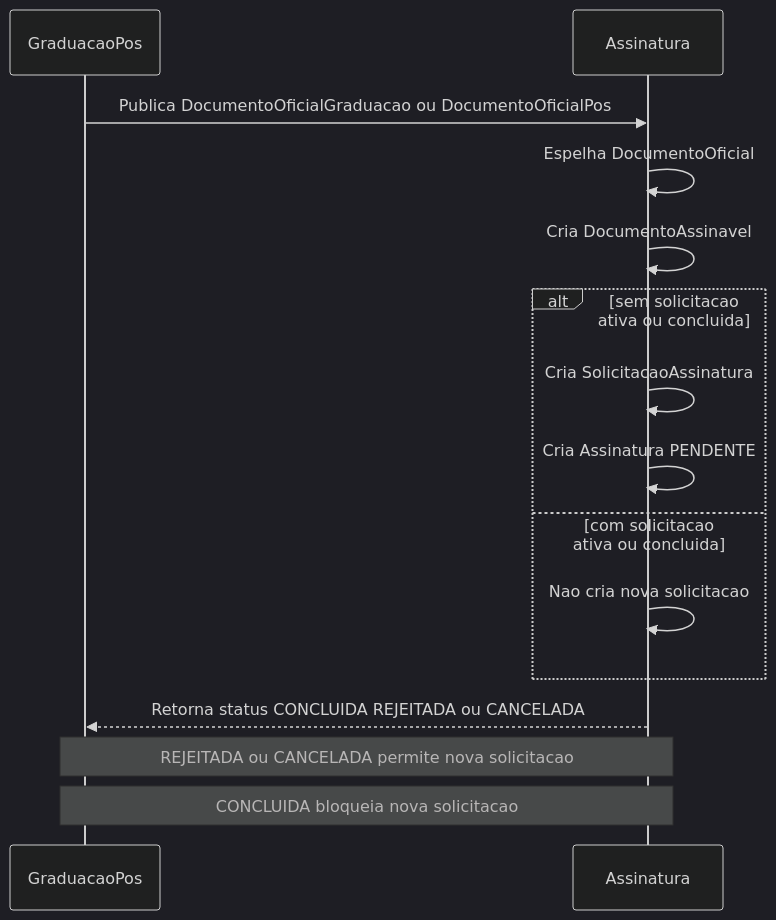
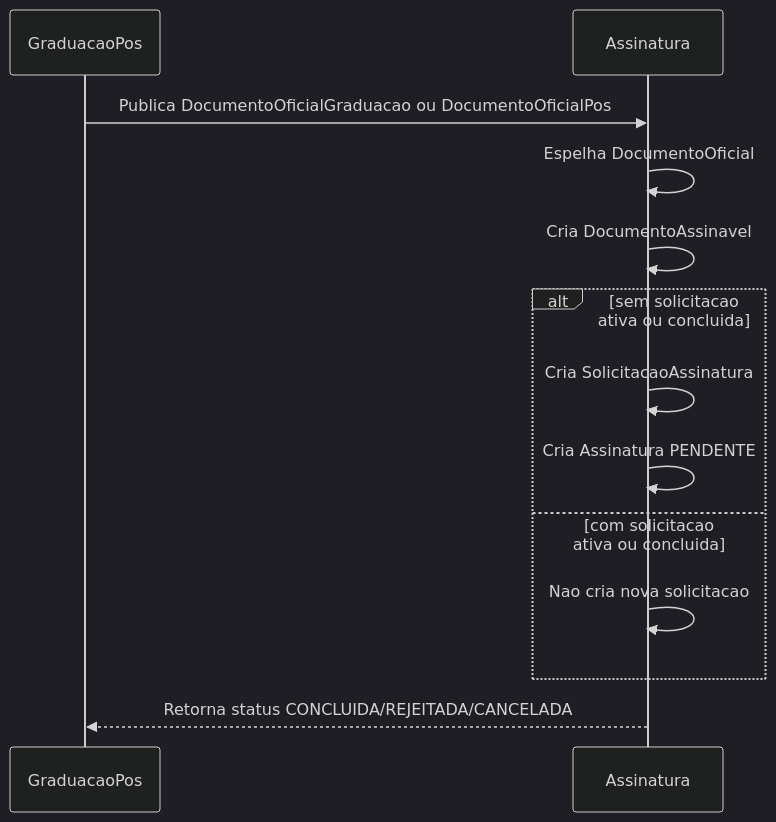
The third of 3 diagrams in planejamento/regras-replicacao.md (ydirickson/TCC-MBAEsalq), drawn with Mermaid (dark theme) before and after one commit. The commit also changed other lines of this file and 5 other files, not shown here.

````diff
--- a/planejamento/regras-replicacao.md
+++ b/planejamento/regras-replicacao.md
@@ -101,20 +157,18 @@
 ```mermaid
 sequenceDiagram
   participant GP as GraduacaoPos
   participant AS as Assinatura
 
   GP->>AS: Publica DocumentoOficialGraduacao ou DocumentoOficialPos
   AS->>AS: Espelha DocumentoOficial
   AS->>AS: Cria DocumentoAssinavel
 
   alt sem solicitacao ativa ou concluida
     AS->>AS: Cria SolicitacaoAssinatura
     AS->>AS: Cria Assinatura PENDENTE
   else com solicitacao ativa ou concluida
     AS->>AS: Nao cria nova solicitacao
   end
 
-  AS-->>GP: Retorna status CONCLUIDA REJEITADA ou CANCELADA
-  Note over GP,AS: REJEITADA ou CANCELADA permite nova solicitacao
-  Note over GP,AS: CONCLUIDA bloqueia nova solicitacao
+  AS-->>GP: Retorna status CONCLUIDA/REJEITADA/CANCELADA
 ```
````
